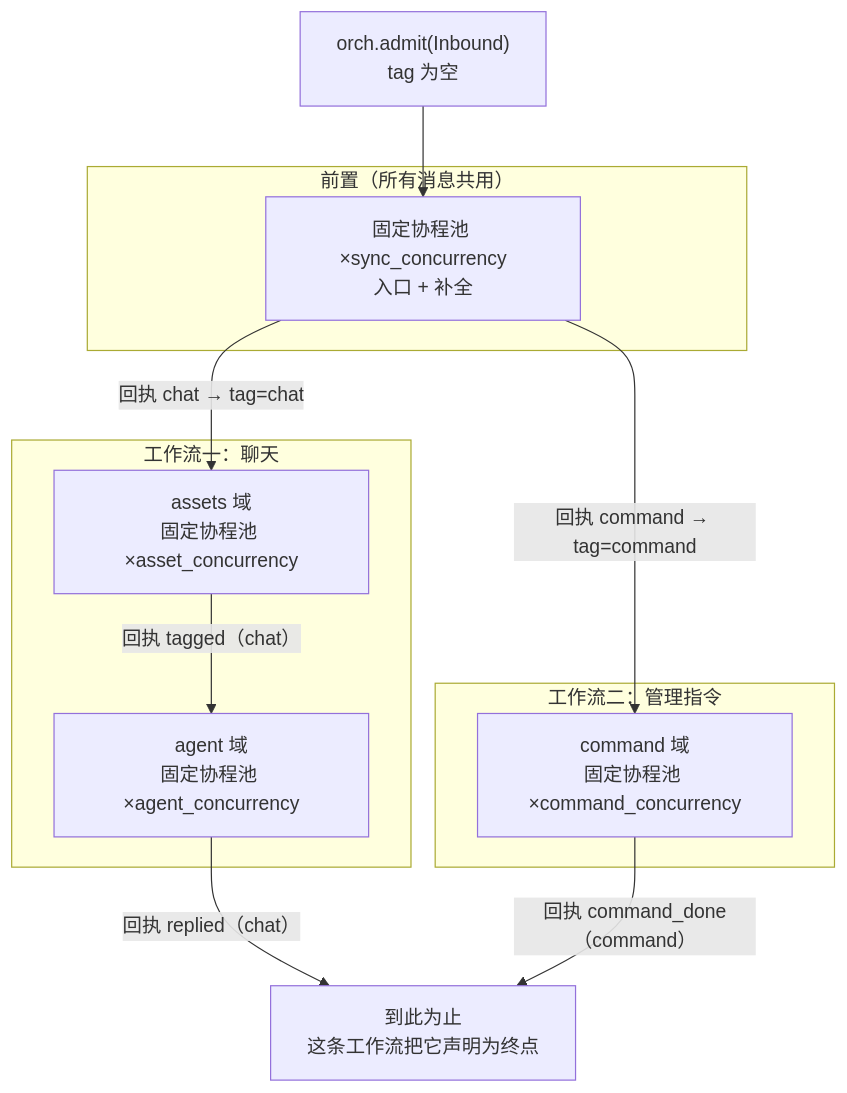
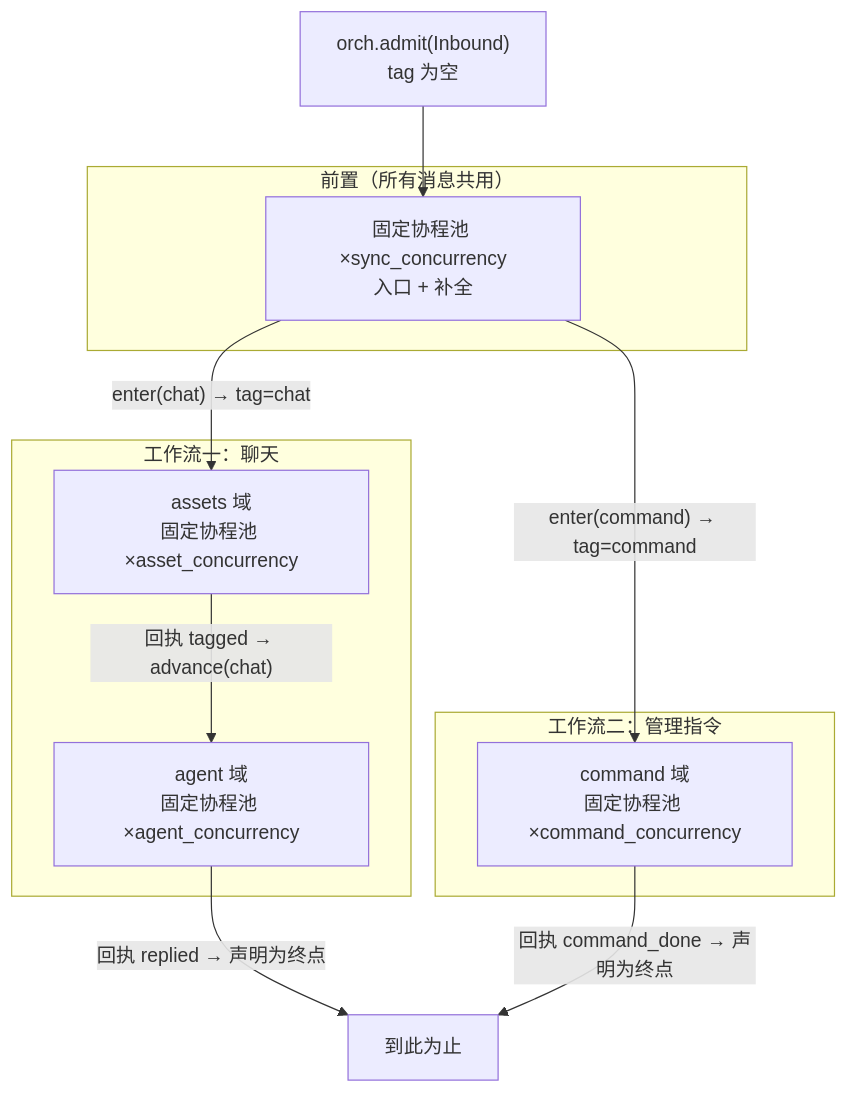
Before and after one commit to CanWeakerWriteStrongCode/good-review-master: the first of 2 diagrams in docs/domains/pipeline.md, drawn with Mermaid. The commit also changed other lines of this file and 26 other files, not shown here.

````diff
--- a/docs/domains/pipeline.md
+++ b/docs/domains/pipeline.md
@@ -59,19 +59,19 @@
 ```mermaid
 flowchart TB
   subgraph "前置（所有消息共用）"
     R0["固定协程池 ×sync_concurrency<br/>入口 + 补全"]
   end
   subgraph "工作流一：聊天"
     P2["assets 域<br/>固定协程池 ×asset_concurrency"]
     P3["agent 域<br/>固定协程池 ×agent_concurrency"]
   end
   subgraph "工作流二：管理指令"
     PC["command 域<br/>固定协程池 ×command_concurrency"]
   end
   IN["orch.admit(Inbound)<br/>tag 为空"] --> R0
-  R0 -->|"回执 chat → tag=chat"| P2
-  R0 -->|"回执 command → tag=command"| PC
-  P2 -->|"回执 tagged（chat）"| P3
-  P3 -->|"回执 replied（chat）"| EX["到此为止<br/>这条工作流把它声明为终点"]
-  PC -->|"回执 command_done（command）"| EX
+  R0 -->|"enter(chat) → tag=chat"| P2
+  R0 -->|"enter(command) → tag=command"| PC
+  P2 -->|"回执 tagged → advance(chat)"| P3
+  P3 -->|"回执 replied → 声明为终点"| EX["到此为止"]
+  PC -->|"回执 command_done → 声明为终点"| EX
 ```
````
